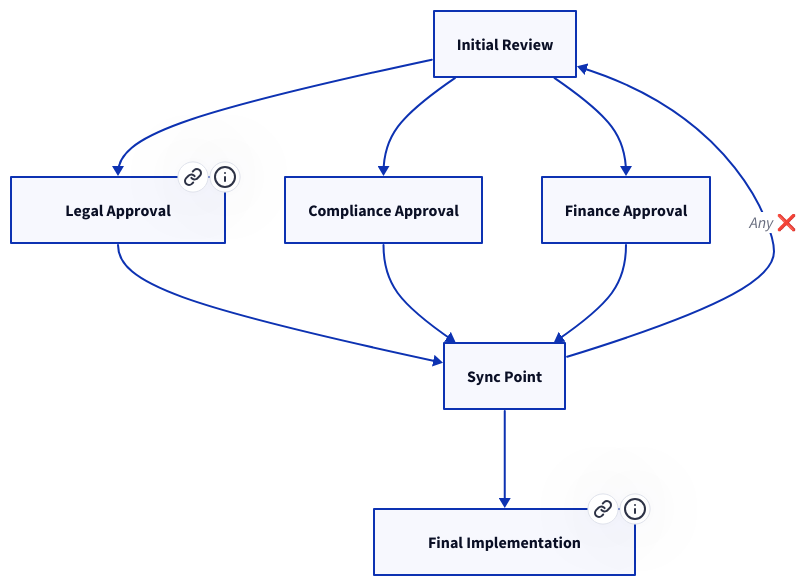
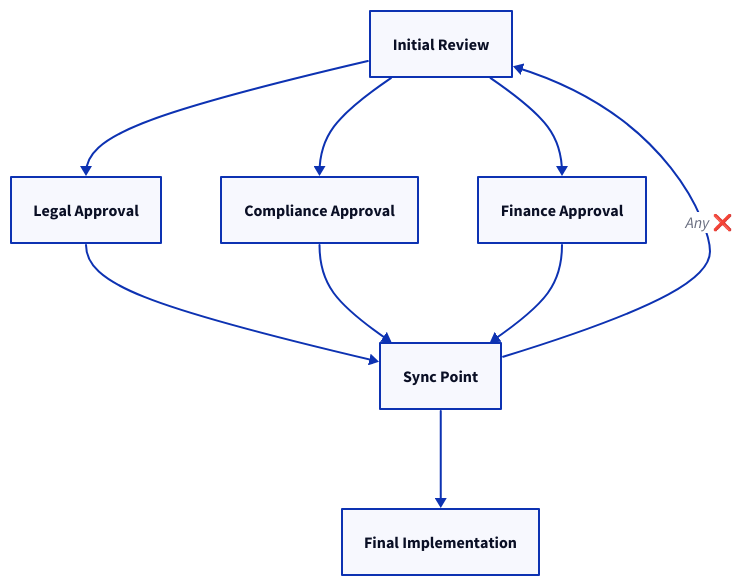
One commit to tallyfy/documentation changed the second of 3 diagrams in src/content/docs/pro/documenting/templates/automations/examples/multi-level-approval-loops.mdx. Above: the diagram before and after it, drawn with D2. The commit also changed other lines of this file and 35 other files, not shown here.

First line of the commit message:
Remove .link and .tooltip properties from D2 diagrams

````diff
--- a/src/content/docs/pro/documenting/templates/automations/examples/multi-level-approval-loops.mdx
+++ b/src/content/docs/pro/documenting/templates/automations/examples/multi-level-approval-loops.mdx
@@ -119,20 +113,16 @@
 ```d2
 Initial: "Initial Review"
 Legal: "Legal Approval"
 Compliance: "Compliance Approval"
 Finance: "Finance Approval"
 Sync: "Sync Point"
 Final: "Final Implementation"
 Initial -> Legal
 Initial -> Compliance
 Initial -> Finance
 Legal -> Sync
 Compliance -> Sync
 Finance -> Sync
 Sync -> Final
 Sync -> Initial: "Any ❌"
-Legal.link: "/products/pro/documenting/templates/automations/actions/visibility-actions/"
-Legal.tooltip: "Learn about parallel visibility rules"
-Final.link: "/products/pro/documenting/templates/automations/conditionals/conditionals-explained/"
-Final.tooltip: "Learn about AND conditions for synchronization"
 ```
````
